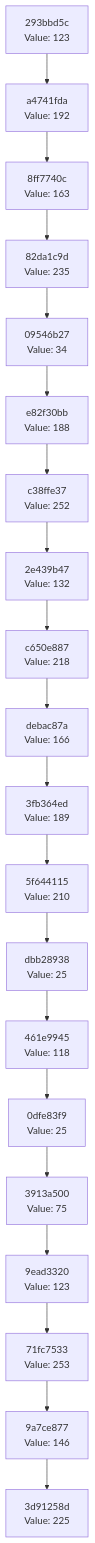
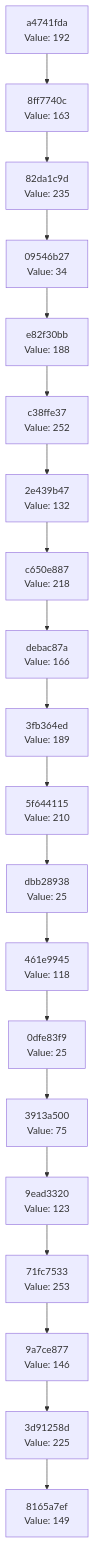
Before and after one commit to Abhisheksinha1506/hash-chain-evolver: the diagram in docs/CHAIN_VISUALIZATION.md, drawn with Mermaid. The commit also changed 2 other files, not shown here.

Commit message:
Evolution step: hash 0x95 → action executed

````diff
--- a/docs/CHAIN_VISUALIZATION.md
+++ b/docs/CHAIN_VISUALIZATION.md
@@ -3,42 +3,42 @@
 ```mermaid
 graph TD
-    C0["3d91258d<br/>Value: 225"]
-    C1["9a7ce877<br/>Value: 146"]
+    C0["8165a7ef<br/>Value: 149"]
+    C1["3d91258d<br/>Value: 225"]
     C1 --> C0
-    C2["71fc7533<br/>Value: 253"]
+    C2["9a7ce877<br/>Value: 146"]
     C2 --> C1
-    C3["9ead3320<br/>Value: 123"]
+    C3["71fc7533<br/>Value: 253"]
     C3 --> C2
-    C4["3913a500<br/>Value: 75"]
+    C4["9ead3320<br/>Value: 123"]
     C4 --> C3
-    C5["0dfe83f9<br/>Value: 25"]
+    C5["3913a500<br/>Value: 75"]
     C5 --> C4
-    C6["461e9945<br/>Value: 118"]
+    C6["0dfe83f9<br/>Value: 25"]
     C6 --> C5
-    C7["dbb28938<br/>Value: 25"]
+    C7["461e9945<br/>Value: 118"]
     C7 --> C6
-    C8["5f644115<br/>Value: 210"]
+    C8["dbb28938<br/>Value: 25"]
     C8 --> C7
-    C9["3fb364ed<br/>Value: 189"]
+    C9["5f644115<br/>Value: 210"]
     C9 --> C8
-    C10["debac87a<br/>Value: 166"]
+    C10["3fb364ed<br/>Value: 189"]
     C10 --> C9
-    C11["c650e887<br/>Value: 218"]
+    C11["debac87a<br/>Value: 166"]
     C11 --> C10
-    C12["2e439b47<br/>Value: 132"]
+    C12["c650e887<br/>Value: 218"]
     C12 --> C11
-    C13["c38ffe37<br/>Value: 252"]
+    C13["2e439b47<br/>Value: 132"]
     C13 --> C12
-    C14["e82f30bb<br/>Value: 188"]
+    C14["c38ffe37<br/>Value: 252"]
     C14 --> C13
-    C15["09546b27<br/>Value: 34"]
+    C15["e82f30bb<br/>Value: 188"]
     C15 --> C14
-    C16["82da1c9d<br/>Value: 235"]
+    C16["09546b27<br/>Value: 34"]
     C16 --> C15
-    C17["8ff7740c<br/>Value: 163"]
+    C17["82da1c9d<br/>Value: 235"]
     C17 --> C16
-    C18["a4741fda<br/>Value: 192"]
+    C18["8ff7740c<br/>Value: 163"]
     C18 --> C17
-    C19["293bbd5c<br/>Value: 123"]
+    C19["a4741fda<br/>Value: 192"]
     C19 --> C18
 ```
````
